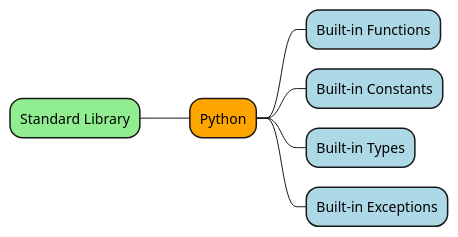
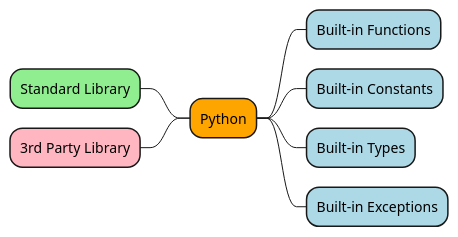
Before and after one commit to zhoukaidev/zhoukaidev.github.io: the diagram in python/wsd/pythonOverview.wsd, drawn with PlantUML. The commit also changed 1 other file, not shown here.

```diff
--- a/python/wsd/pythonOverview.wsd
+++ b/python/wsd/pythonOverview.wsd
@@ -1,11 +1,11 @@
 @startmindmap pythonOverview
 *[#Orange] Python
 **[#LightBlue] Built-in Functions
 **[#LightBlue] Built-in Constants
 **[#LightBlue] Built-in Types
 **[#LightBlue] Built-in Exceptions
 
 left side
 **[#LightGreen] Standard Library
-
+**[#LightPink] 3rd Party Library
 @endmindmap
```
